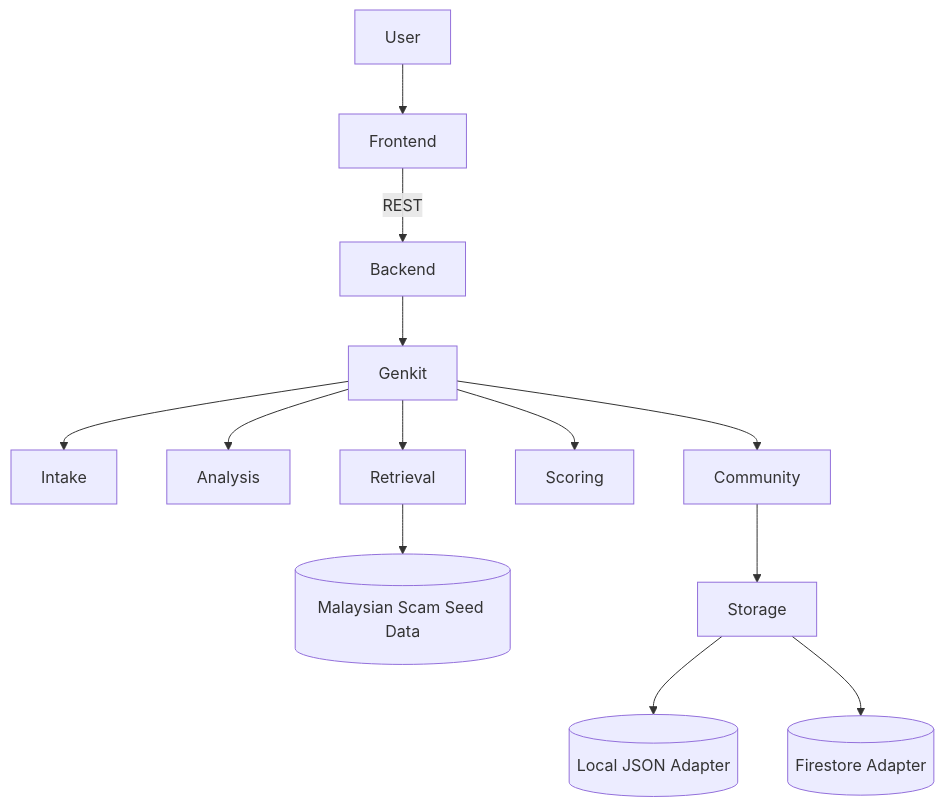
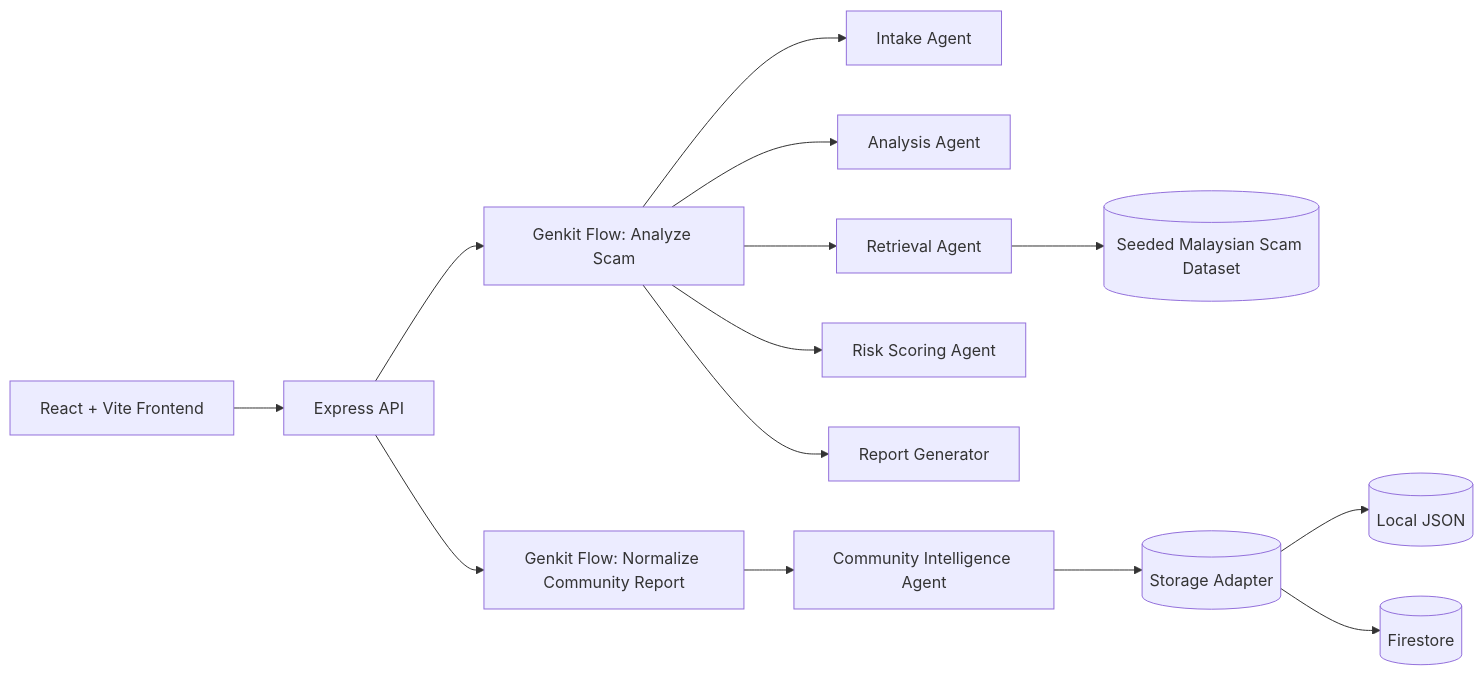
The diagram in docs/architecture.md (Rohan5commit/scamshield-malaysia), drawn with Mermaid before and after one commit. The commit also changed other lines of this file and 17 other files, not shown here.

````diff
--- a/docs/architecture.md
+++ b/docs/architecture.md
@@ -5,15 +13,16 @@
 ```mermaid
-flowchart TD
-  User --> Frontend
-  Frontend -->|REST| Backend
-  Backend --> Genkit
-  Genkit --> Intake
-  Genkit --> Analysis
-  Genkit --> Retrieval
-  Genkit --> Scoring
-  Genkit --> Community
-  Retrieval --> SeedData[(Malaysian Scam Seed Data)]
-  Community --> Storage
-  Storage --> LocalJSON[(Local JSON Adapter)]
-  Storage --> Firestore[(Firestore Adapter)]
+flowchart LR
+  A[React + Vite Frontend] --> B[Express API]
+  B --> C[Genkit Flow: Analyze Scam]
+  C --> D[Intake Agent]
+  C --> E[Analysis Agent]
+  C --> F[Retrieval Agent]
+  C --> G[Risk Scoring Agent]
+  C --> H[Report Generator]
+  B --> I[Genkit Flow: Normalize Community Report]
+  I --> J[Community Intelligence Agent]
+  F --> K[(Seeded Malaysian Scam Dataset)]
+  J --> L[(Storage Adapter)]
+  L --> M[(Local JSON)]
+  L --> N[(Firestore)]
 ```
````
